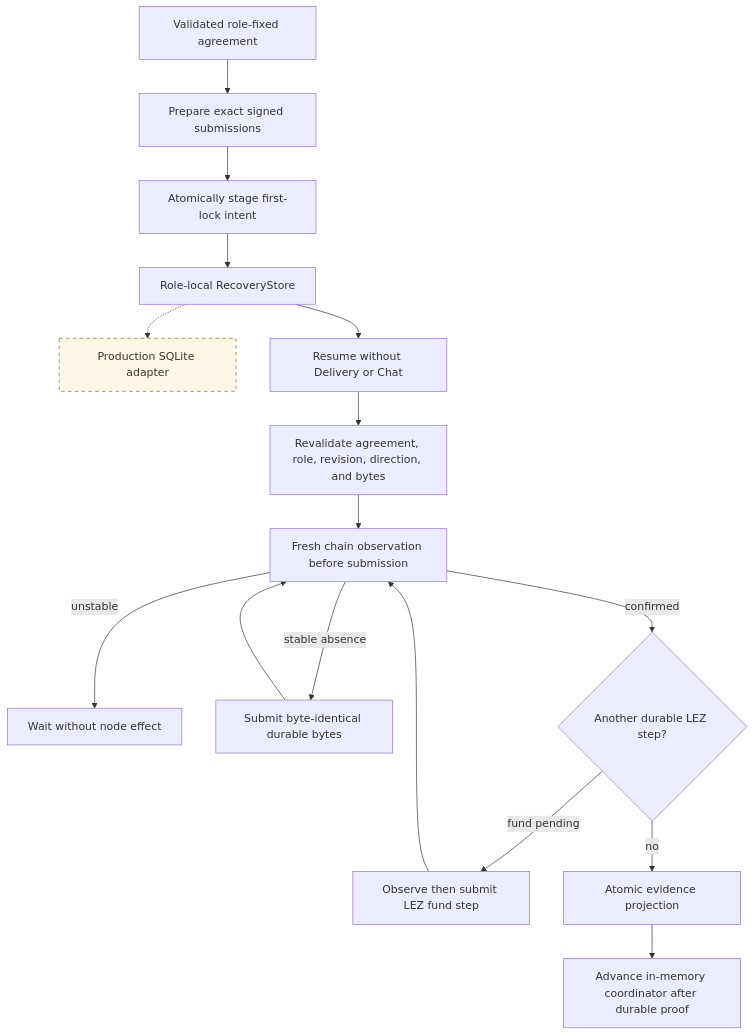
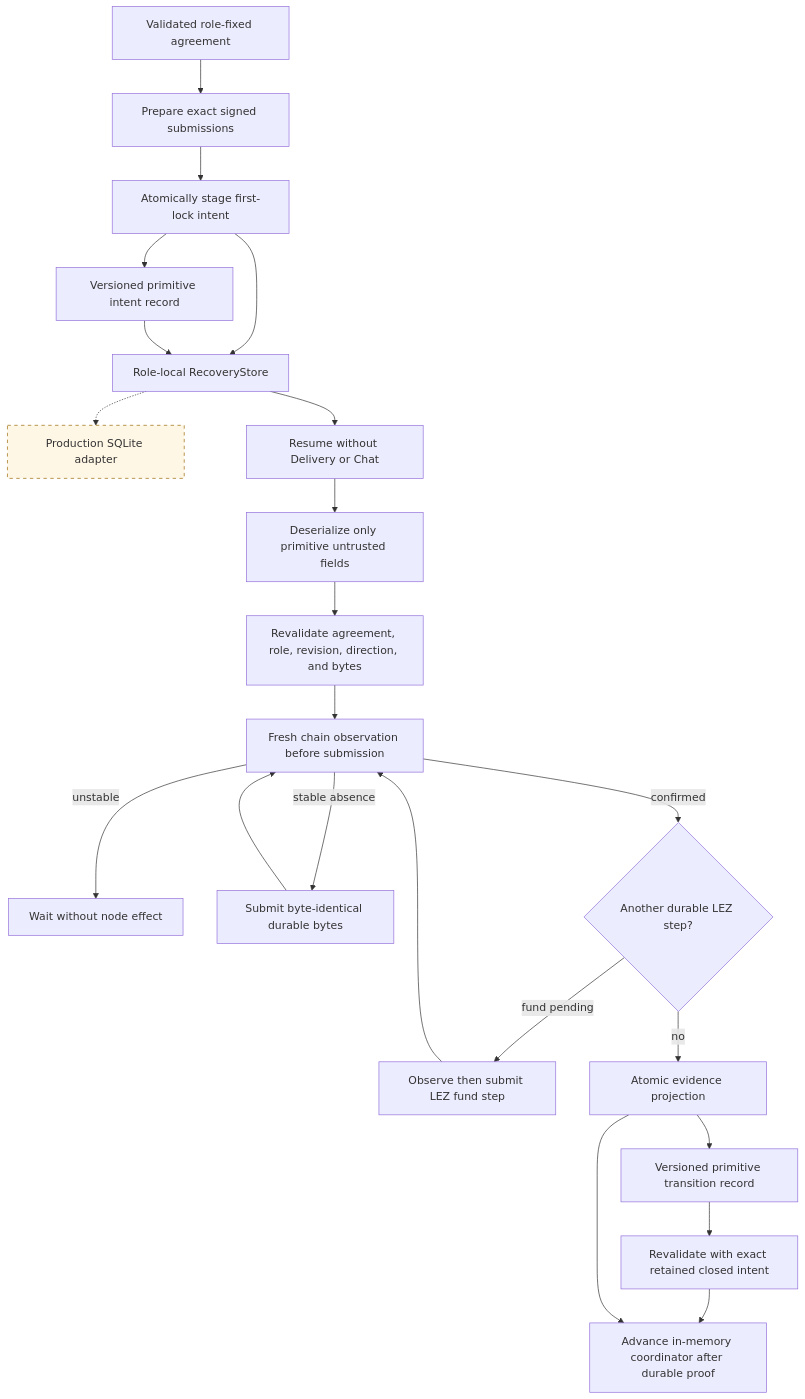
One commit to gateway-fm/lez-atomic-swaps changed the diagram in docs/architecture/0017-crash-safe-first-lock-intent.md. Above: the diagram before and after it, drawn with Mermaid. The commit also changed other lines of this file and 6 other files, not shown here.

````diff
--- a/docs/architecture/0017-crash-safe-first-lock-intent.md
+++ b/docs/architecture/0017-crash-safe-first-lock-intent.md
@@ -6,21 +7,27 @@
 ```mermaid
 flowchart TB
     Accepted["Validated role-fixed agreement"] --> Prepare["Prepare exact signed submissions"]
     Prepare --> Stage["Atomically stage first-lock intent"]
     Stage --> Durable["Role-local RecoveryStore"]
+    Stage --> Encode["Versioned primitive intent record"]
+    Encode --> Durable
     Durable -.-> SQLite["Production SQLite adapter"]
     Durable --> Restart["Resume without Delivery or Chat"]
-    Restart --> Revalidate["Revalidate agreement, role, revision, direction, and bytes"]
+    Restart --> Decode["Deserialize only primitive untrusted fields"]
+    Decode --> Revalidate["Revalidate agreement, role, revision, direction, and bytes"]
     Revalidate --> Observe["Fresh chain observation before submission"]
     Observe -->|"unstable"| Wait["Wait without node effect"]
     Observe -->|"stable absence"| Submit["Submit byte-identical durable bytes"]
     Submit --> Observe
     Observe -->|"confirmed"| Next{"Another durable LEZ step?"}
     Next -->|"fund pending"| Fund["Observe then submit LEZ fund step"]
     Fund --> Observe
     Next -->|"no"| Projection["Atomic evidence projection"]
+    Projection --> Transition["Versioned primitive transition record"]
+    Transition --> ClosedIntent["Revalidate with exact retained closed intent"]
+    ClosedIntent --> Core
     Projection --> Core["Advance in-memory coordinator after durable proof"]
 
     classDef planned stroke-dasharray: 5 5,fill:#fff7e6,stroke:#9a6700;
     class SQLite planned;
 ```
````
